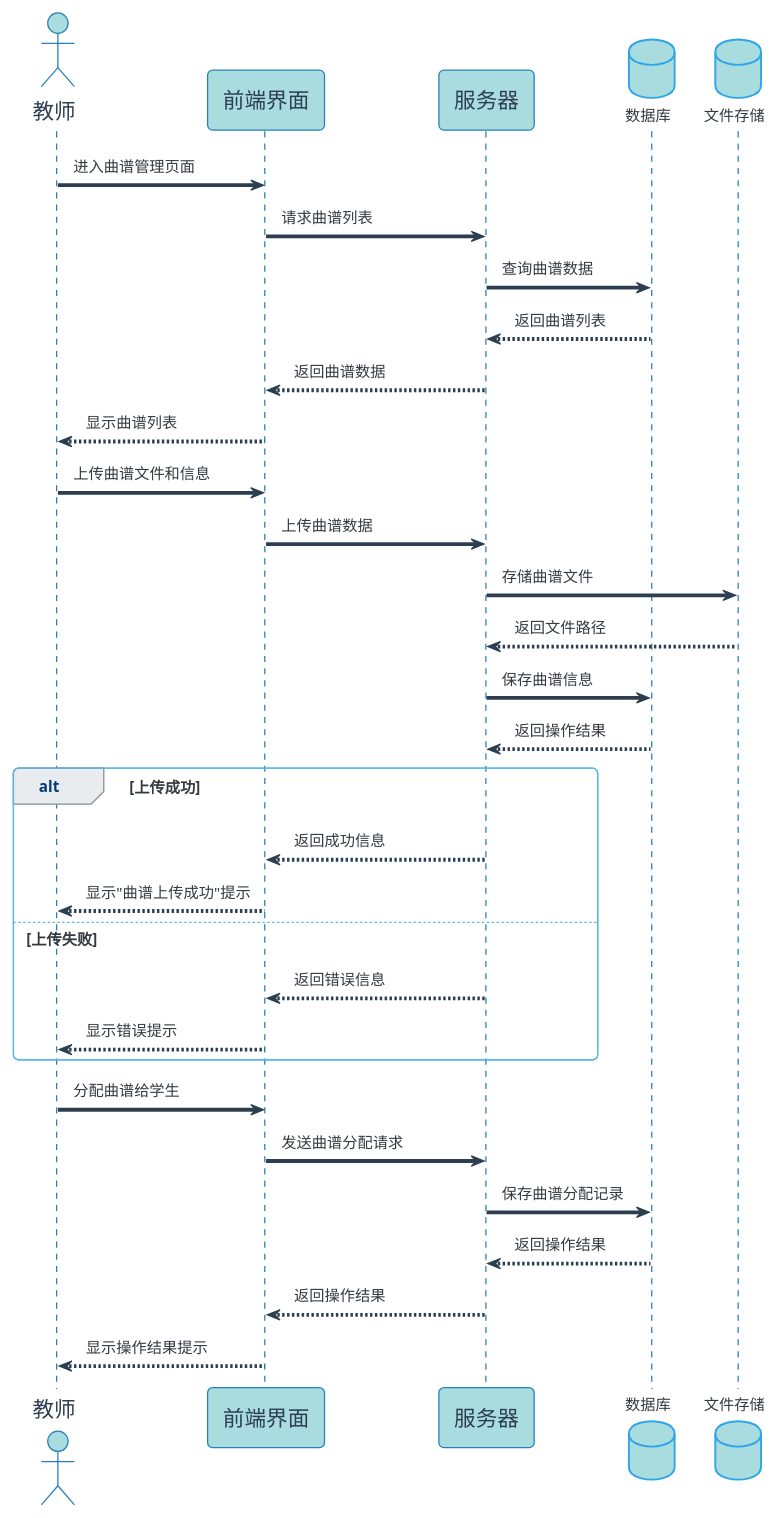
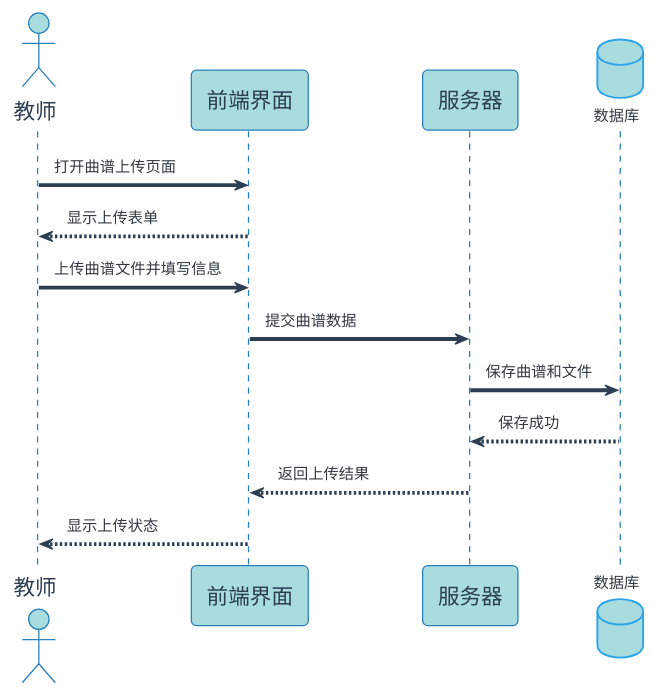
The diagram in 顺序图文件/教师曲谱管理.puml (ybwlz/-git-), drawn with PlantUML before and after one commit. The commit also changed 6 other files, not shown here.

```diff
--- a/顺序图文件/教师曲谱管理.puml
+++ b/顺序图文件/教师曲谱管理.puml
@@ -1,57 +1,37 @@
 @startuml
 !theme cerulean
 skinparam backgroundColor #FFFFFF
 skinparam sequence {
     ArrowColor #2C3E50
     ActorBorderColor #2980B9
     LifeLineBorderColor #2980B9
     LifeLineBackgroundColor #A9DCDF
     
     ParticipantBorderColor #2980B9
     ParticipantBackgroundColor #A9DCDF
     ParticipantFontName 微软雅黑
     ParticipantFontSize 17
     ParticipantFontColor #2C3E50
     
     ActorBackgroundColor #A9DCDF
     ActorFontColor #2C3E50
     ActorFontSize 17
     ActorFontName 微软雅黑
 }
 
 actor 教师 as Teacher
 participant "前端界面" as Frontend #A9DCDF
 participant "服务器" as Server #A9DCDF
 database "数据库" as DB #A9DCDF
-database "文件存储" as Storage #A9DCDF
 
-Teacher -> Frontend: 进入曲谱管理页面
-Frontend -> Server: 请求曲谱列表
-Server -> DB: 查询曲谱数据
-DB --> Server: 返回曲谱列表
-Server --> Frontend: 返回曲谱数据
-Frontend --> Teacher: 显示曲谱列表
+Teacher -> Frontend: 打开曲谱上传页面
+Frontend --> Teacher: 显示上传表单
 
-Teacher -> Frontend: 上传曲谱文件和信息
-Frontend -> Server: 上传曲谱数据
-Server -> Storage: 存储曲谱文件
-Storage --> Server: 返回文件路径
-Server -> DB: 保存曲谱信息
-DB --> Server: 返回操作结果
-
-alt 上传成功
-    Server --> Frontend: 返回成功信息
-    Frontend --> Teacher: 显示"曲谱上传成功"提示
-else 上传失败
-    Server --> Frontend: 返回错误信息
-    Frontend --> Teacher: 显示错误提示
-end
-
-Teacher -> Frontend: 分配曲谱给学生
-Frontend -> Server: 发送曲谱分配请求
-Server -> DB: 保存曲谱分配记录
-DB --> Server: 返回操作结果
-Server --> Frontend: 返回操作结果
-Frontend --> Teacher: 显示操作结果提示
+Teacher -> Frontend: 上传曲谱文件并填写信息
+Frontend -> Server: 提交曲谱数据
+Server -> DB: 保存曲谱和文件
+DB --> Server: 保存成功
+Server --> Frontend: 返回上传结果
+Frontend --> Teacher: 显示上传状态
 
 @enduml 
```
